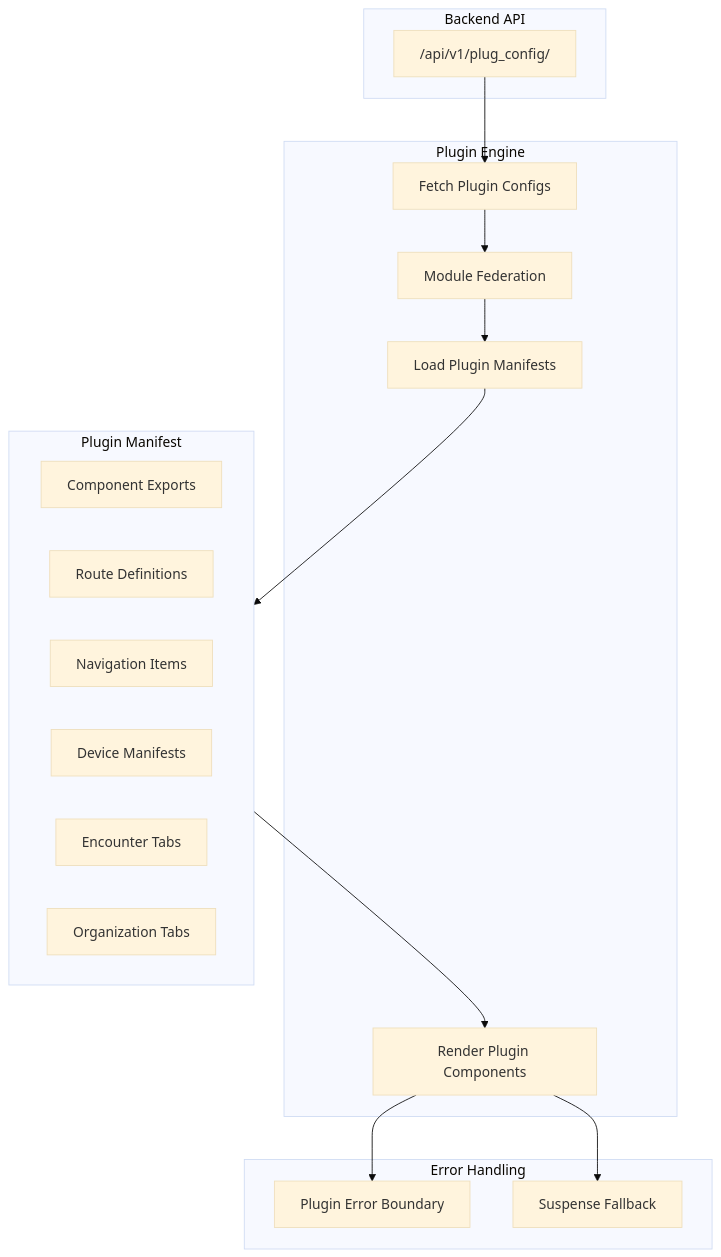
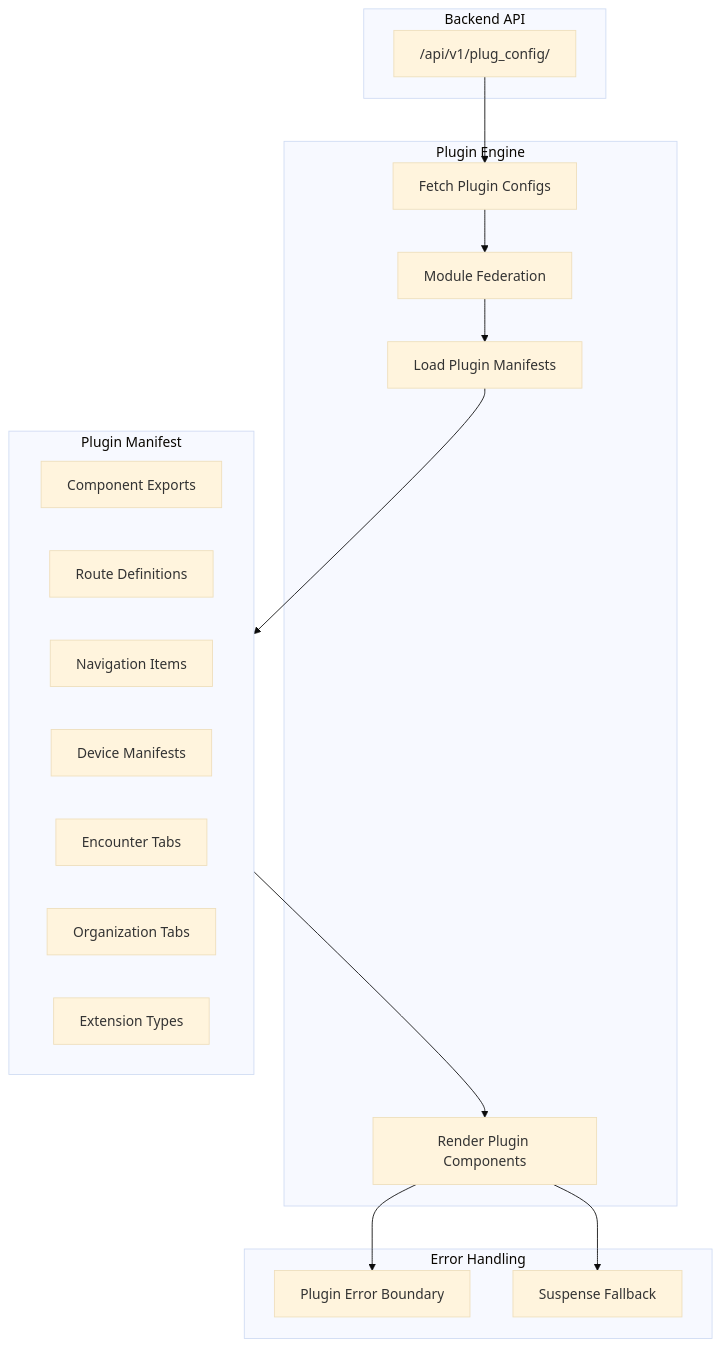
Diagram 21 of 23 in flowdiagram.md (jagankumar-egov/care_fe), drawn with Mermaid (base theme) before and after one commit. The commit also changed other lines of this file and 2 other files, not shown here.

Commit message:
updated flow

````diff
--- a/flowdiagram.md
+++ b/flowdiagram.md
@@ -406,35 +825,36 @@
 ```mermaid
 flowchart TD
     subgraph Backend["Backend API"]
         PlugAPI["/api/v1/plug_config/"]
     end
 
     subgraph PluginEngine["Plugin Engine"]
         FetchConfig[Fetch Plugin Configs]
         ModFed[Module Federation]
         LoadManifest[Load Plugin Manifests]
         RenderPlugin[Render Plugin Components]
     end
 
     subgraph PluginManifest["Plugin Manifest"]
         Components[Component Exports]
         Routes[Route Definitions]
         NavItems[Navigation Items]
         Devices[Device Manifests]
         EncTabs[Encounter Tabs]
         OrgTabs[Organization Tabs]
+        Extends[Extension Types]
     end
 
     subgraph ErrorHandling["Error Handling"]
         ErrorBoundary[Plugin Error Boundary]
         Suspense[Suspense Fallback]
     end
 
     PlugAPI --> FetchConfig
     FetchConfig --> ModFed
     ModFed --> LoadManifest
     LoadManifest --> PluginManifest
     PluginManifest --> RenderPlugin
     RenderPlugin --> ErrorBoundary
     RenderPlugin --> Suspense
 ```
````
